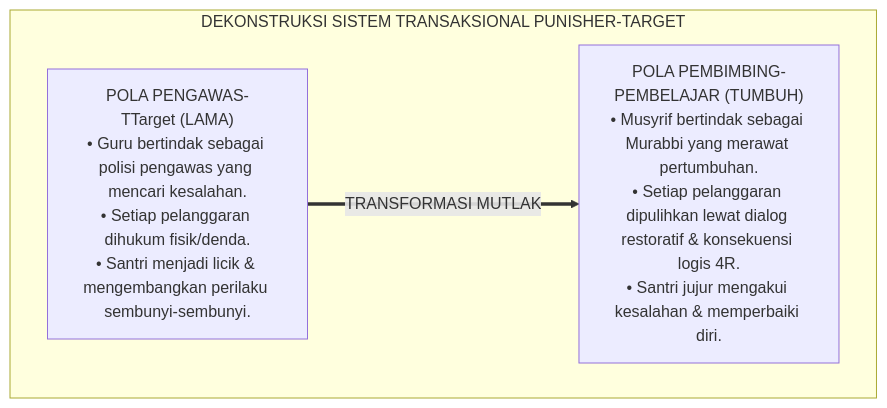
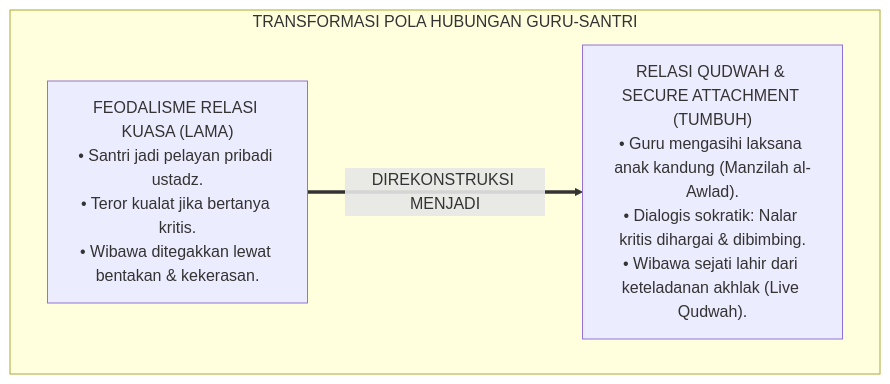
Before and after one commit to wandiapriliyandi/tumbuh: the first of 4 diagrams in 01 Philosophy/04 Education/P1-04-02-Relasi-Murabbi-dan-Santri.md, drawn with Mermaid. The commit also changed other lines of this file and 7 other files, not shown here.

````diff
--- a/01 Philosophy/04 Education/P1-04-02-Relasi-Murabbi-dan-Santri.md
+++ b/01 Philosophy/04 Education/P1-04-02-Relasi-Murabbi-dan-Santri.md
@@ -196,10 +56,10 @@
 ```mermaid
-graph TD
-    subgraph KritikRelasiTransaksional["DEKONSTRUKSI SISTEM TRANSAKSIONAL PUNISHER-TARGET"]
-        ModelLama["POLA PENGAWAS-TTarget (LAMA)<br/>• Guru bertindak sebagai polisi pengawas yang mencari kesalahan.<br/>• Setiap pelanggaran dihukum fisik/denda.<br/>• Santri menjadi licik & mengembangkan perilaku sembunyi-sembunyi."]
+flowchart TD
+    subgraph TransformasiRelasiPendidik["TRANSFORMASI POLA HUBUNGAN GURU-SANTRI"]
+        PolaFeodalLama["FEODALISME RELASI KUASA (LAMA)<br/>• Santri jadi pelayan pribadi ustadz.<br/>• Teror kualat jika bertanya kritis.<br/>• Wibawa ditegakkan lewat bentakan & kekerasan."]
         
-        ModelTUMBUH["POLA PEMBIMBING-PEMBELAJAR (TUMBUH)<br/>• Musyrif bertindak sebagai Murabbi yang merawat pertumbuhan.<br/>• Setiap pelanggaran dipulihkan lewat dialog restoratif & konsekuensi logis 4R.<br/>• Santri jujur mengakui kesalahan & memperbaiki diri."]
+        PolaQudwahTUMBUH["RELASI QUDWAH & SECURE ATTACHMENT (TUMBUH)<br/>• Guru mengasihi laksana anak kandung (Manzilah al-Awlad).<br/>• Dialogis sokratik: Nalar kritis dihargai & dibimbing.<br/>• Wibawa sejati lahir dari keteladanan akhlak (Live Qudwah)."]
         
-        ModelLama ==>|TRANSFORMASI MUTLAK| ModelTUMBUH
+        PolaFeodalLama ==>|DIREKONSTRUKSI MENJADI| PolaQudwahTUMBUH
     end
 ```
````
